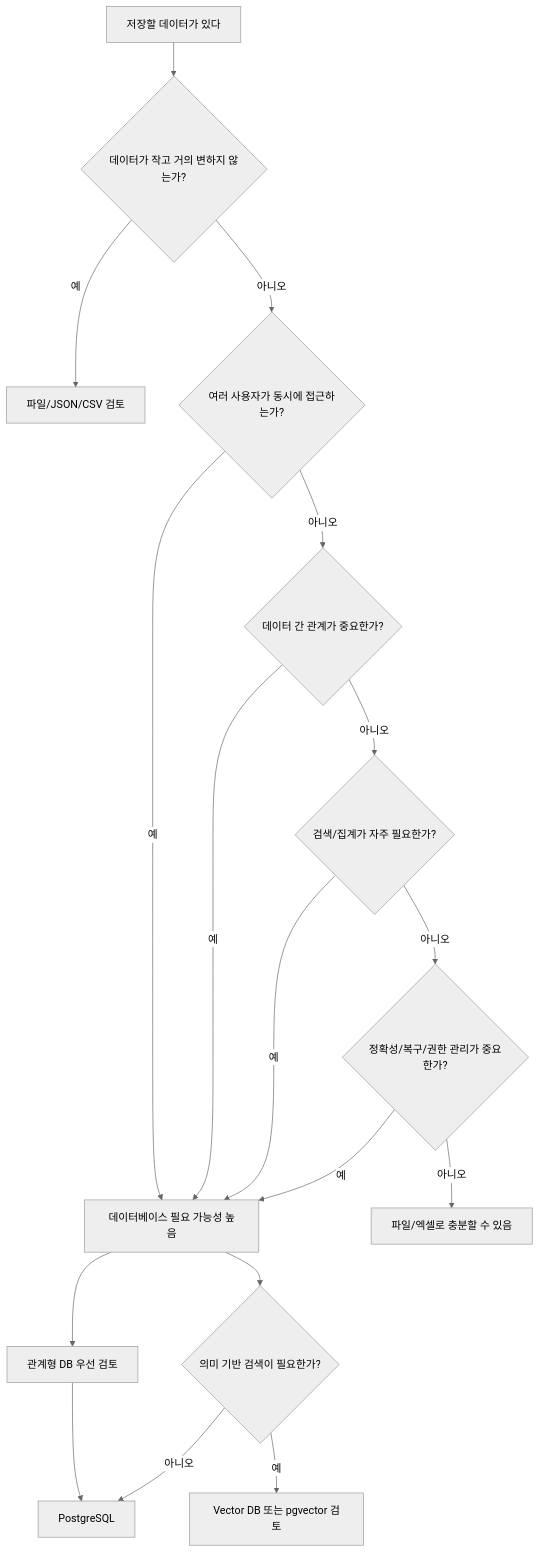
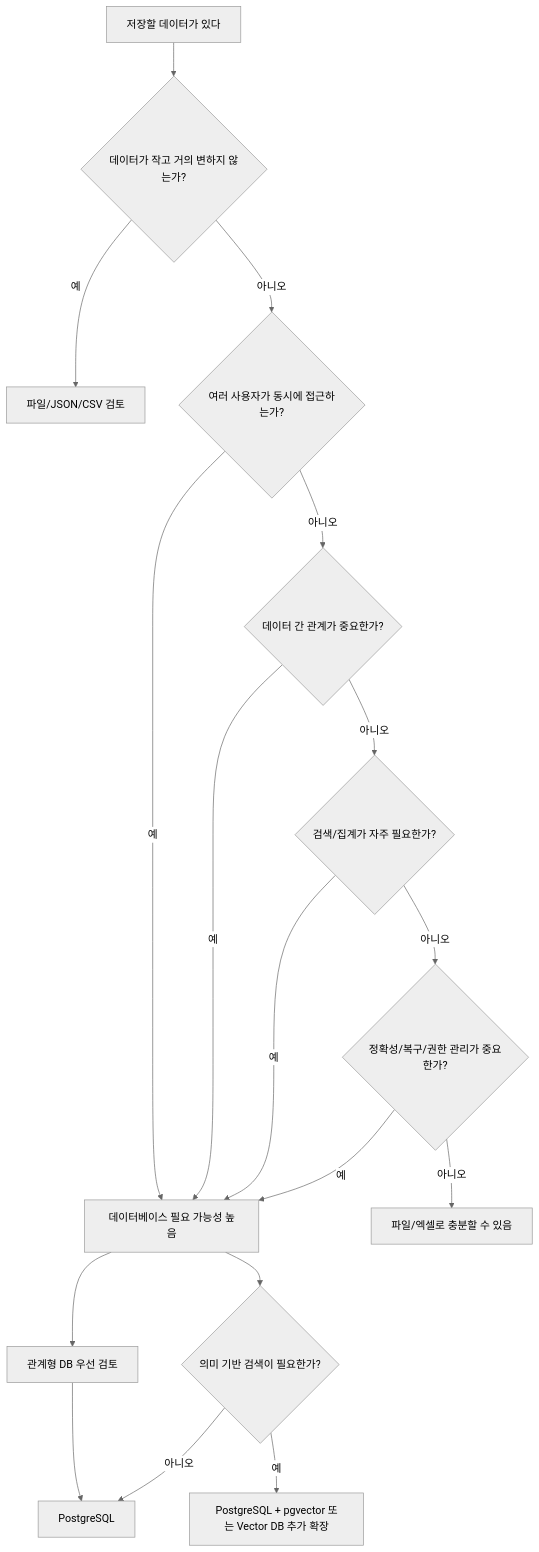
One commit to GilbertMoon/ai-database-book changed the diagram in images/chapter01/ch01_02_db_need_decision_flow.mmd. Above: the diagram before and after it, drawn with Mermaid (neutral theme). The commit also changed 11 other files, not shown here.

```diff
--- a/images/chapter01/ch01_02_db_need_decision_flow.mmd
+++ b/images/chapter01/ch01_02_db_need_decision_flow.mmd
@@ -1,23 +1,23 @@
 flowchart TD
     A[저장할 데이터가 있다] --> B{데이터가 작고 거의 변하지 않는가?}
     B -- 예 --> C[파일/JSON/CSV 검토]
     B -- 아니오 --> D{여러 사용자가 동시에 접근하는가?}
 
     D -- 예 --> H[데이터베이스 필요 가능성 높음]
     D -- 아니오 --> E{데이터 간 관계가 중요한가?}
 
     E -- 예 --> H
     E -- 아니오 --> F{검색/집계가 자주 필요한가?}
 
     F -- 예 --> H
     F -- 아니오 --> G{정확성/복구/권한 관리가 중요한가?}
 
     G -- 예 --> H
     G -- 아니오 --> I[파일/엑셀로 충분할 수 있음]
 
     H --> J[관계형 DB 우선 검토]
     J --> K[PostgreSQL]
 
     H --> L{의미 기반 검색이 필요한가?}
-    L -- 예 --> M[Vector DB 또는 pgvector 검토]
+    L -- 예 --> M[PostgreSQL + pgvector 또는 Vector DB 추가 확장]
     L -- 아니오 --> K
```
